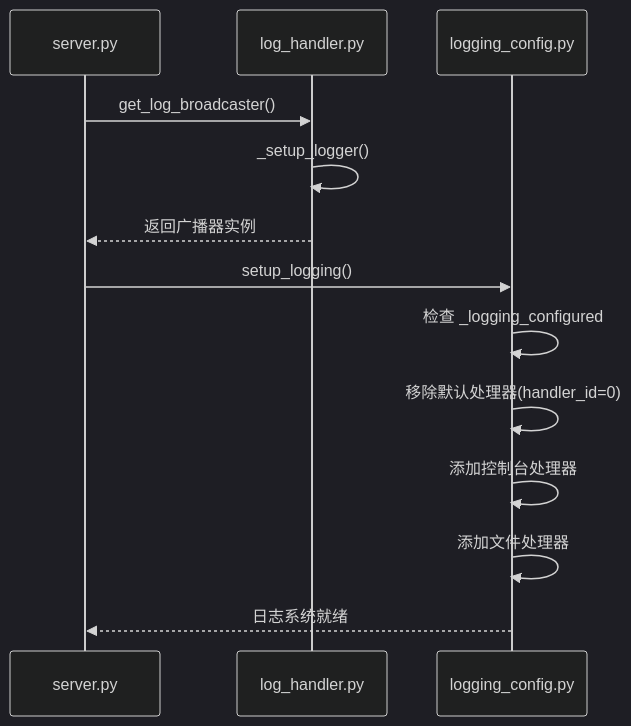
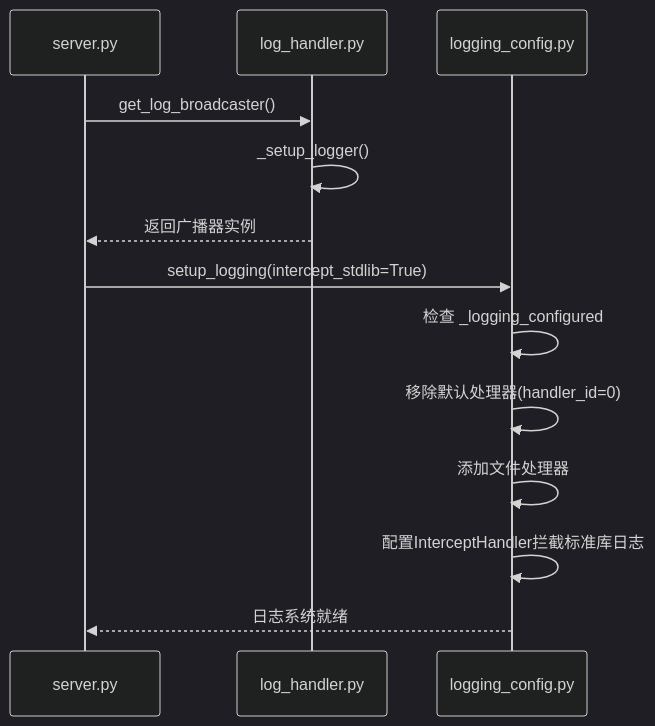
Before and after one commit to gittool/acemcp: the second of 7 diagrams in .qoder/repowiki/zh/content/日志与监控/日志配置管理.md, drawn with Mermaid (dark theme). The commit also changed other lines of this file and 3 other files, not shown here.

````diff
--- a/.qoder/repowiki/zh/content/日志与监控/日志配置管理.md
+++ b/.qoder/repowiki/zh/content/日志与监控/日志配置管理.md
@@ -64,15 +72,15 @@
 ```mermaid
 sequenceDiagram
 participant Server as server.py
 participant LogBroadcaster as log_handler.py
 participant LoggingConfig as logging_config.py
 Server->>LogBroadcaster : get_log_broadcaster()
 LogBroadcaster->>LogBroadcaster : _setup_logger()
 LogBroadcaster-->>Server : 返回广播器实例
-Server->>LoggingConfig : setup_logging()
+Server->>LoggingConfig : setup_logging(intercept_stdlib=True)
 LoggingConfig->>LoggingConfig : 检查 _logging_configured
 LoggingConfig->>LoggingConfig : 移除默认处理器(handler_id=0)
-LoggingConfig->>LoggingConfig : 添加控制台处理器
 LoggingConfig->>LoggingConfig : 添加文件处理器
+LoggingConfig->>LoggingConfig : 配置InterceptHandler拦截标准库日志
 LoggingConfig-->>Server : 日志系统就绪
 ```
````
